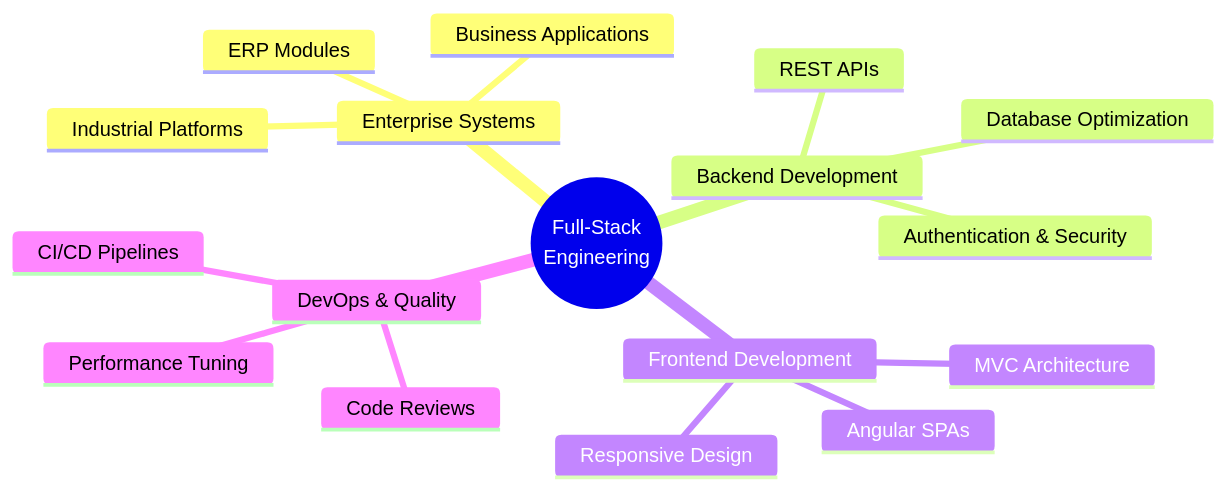
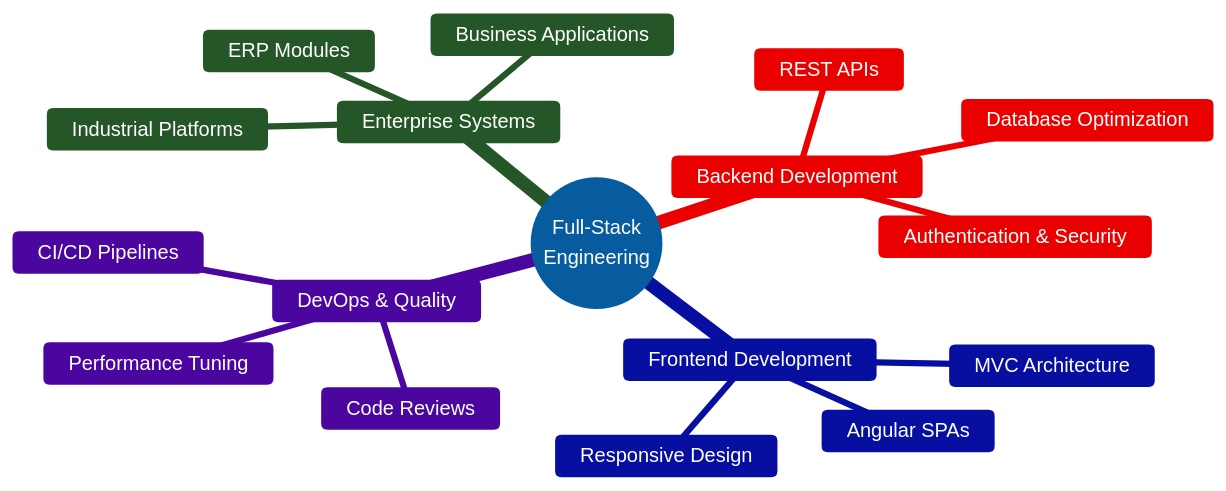
The diagram in README.md (fahadiqbal5049/fahadiqbal5049), drawn with Mermaid before and after one commit.

Commit message:
Fix HTML closing tag in README.md

````diff
--- a/README.md
+++ b/README.md
@@ -109,21 +109,22 @@
 ```mermaid
+%%{init: {'theme':'base', 'themeVariables': { 'primaryColor':'#2E9EF7','primaryTextColor':'#fff','primaryBorderColor':'#1a73e8','lineColor':'#4CAF50','secondaryColor':'#4CAF50','tertiaryColor':'#FF6B6B','noteBkgColor':'#2E9EF7','noteTextColor':'#fff'}}}%%
 mindmap
   root((Full-Stack
     Engineering))
     Enterprise Systems
       Industrial Platforms
       Business Applications
       ERP Modules
     Backend Development
       REST APIs
       Authentication & Security
       Database Optimization
     Frontend Development
       Angular SPAs
       MVC Architecture
       Responsive Design
     DevOps & Quality
       CI/CD Pipelines
       Code Reviews
       Performance Tuning
 ```
````
